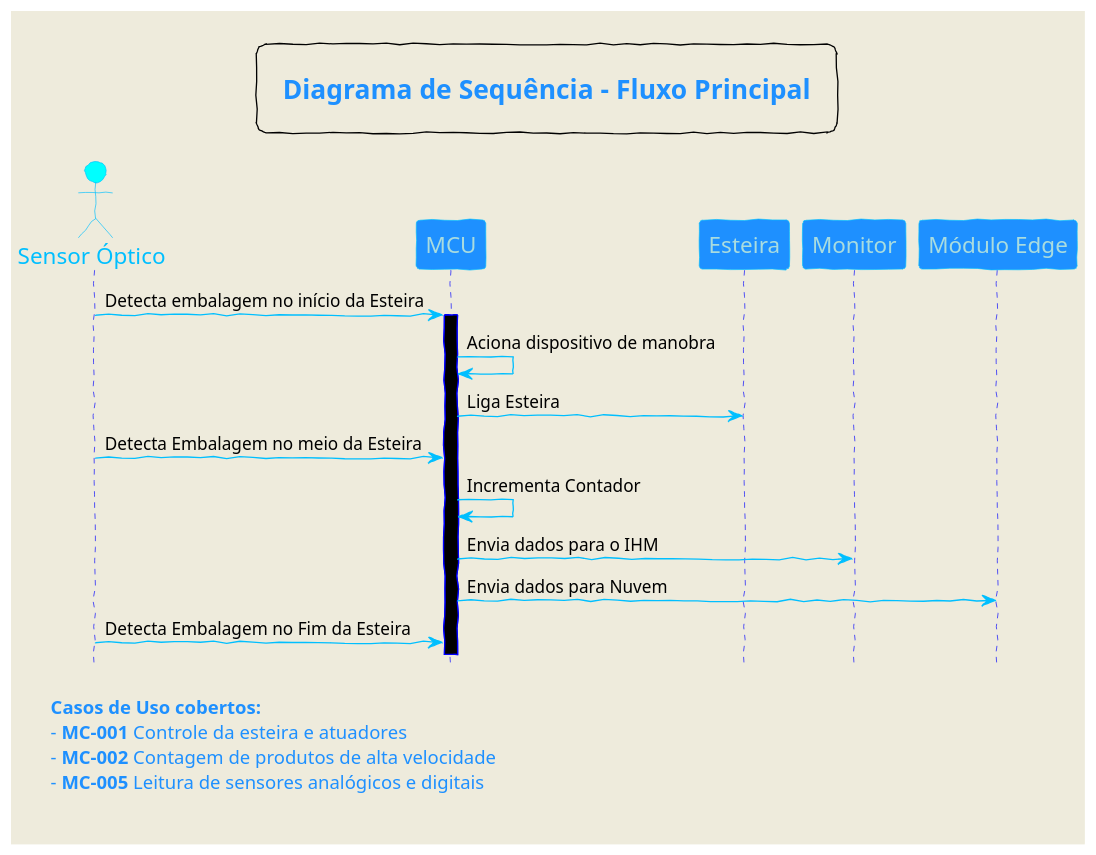
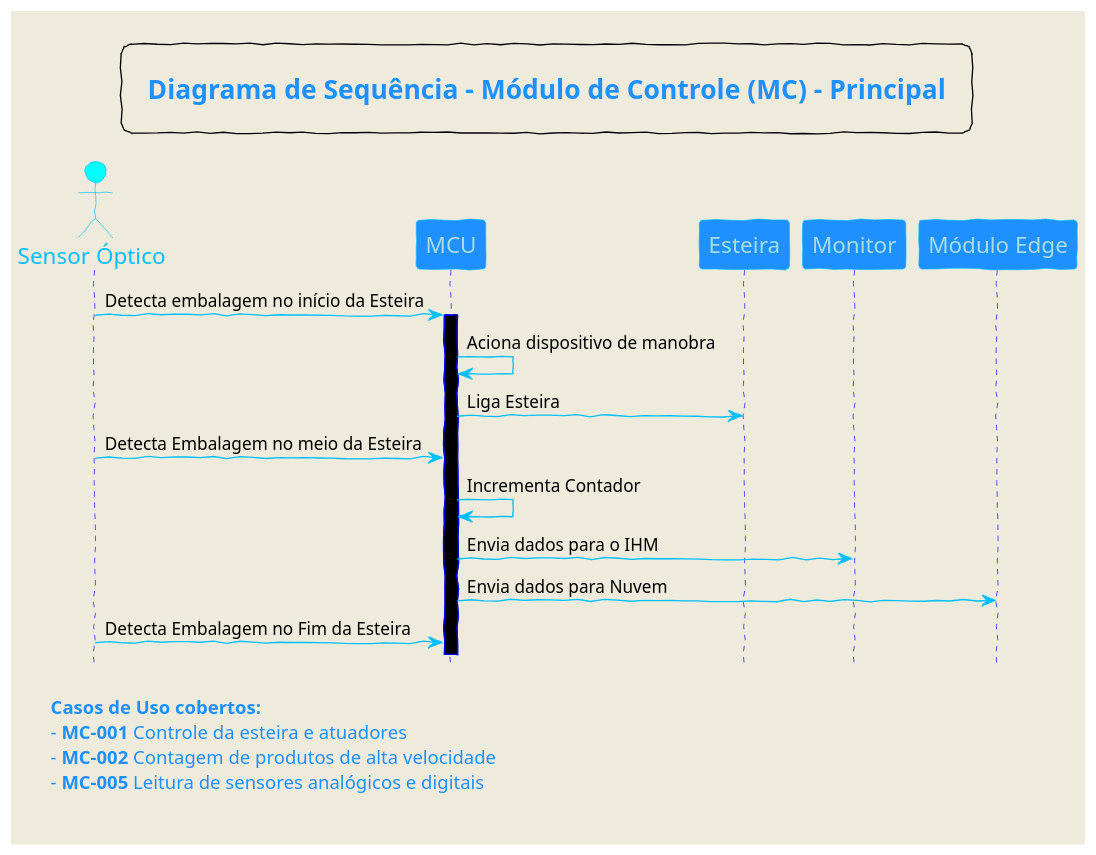
The diagram in DS-PRINCIPAL-001.puml (Embrapac/diagramas), drawn with PlantUML before and after one commit. The commit also changed 3 other files, not shown here.

```diff
--- a/DS-PRINCIPAL-001.puml
+++ b/DS-PRINCIPAL-001.puml
@@ -1,76 +1,73 @@
 @startuml
 'Parametros de dimensões:
 scale 750 width
 scale 750 height
 
 'Parametros de cor:
 skinparam backgroundColor #EEEBDC
 skinparam handwritten true
 skinparam sequenceArrowColor DeepSkyBlue
 skinparam sequenceActorBorderColor DeepSkyBlue
 skinparam sequenceLifeLineBorderColor blue
 skinparam sequenceLifeLineBackgroundColor #A9DCDF
 skinparam sequenceParticipantBorderColor DeepSkyBlue
 skinparam sequenceParticipantBackgroundColor DodgerBlue
 skinparam sequenceParticipantFontName Impact
 skinparam sequenceParticipantFontSize 17
 skinparam sequenceParticipantFontColor #A9DCDF
 skinparam sequenceActorBackgroundColor aqua
 skinparam sequenceActorFontColor DeepSkyBlue
 skinparam sequenceActorFontSize 17
 skinparam sequenceActorFontName Aapex
 
-skinparam legendFontColor DodgerBlue
-skinparam legendFontSize 16
-skinparam legndFontName Arial
-
 <style>
 footer {
   HorizontalAlignment left
   FontSize 14
   FontColor DodgerBlue  
   FontName Arial
   Margin 20
   Padding 10
 }
 legend {
+  HorizontalAlignment center
   FontSize 20
   FontColor DodgerBlue  
   FontName Arial
   Margin 20
   Padding 20
 }
 </style>
 
 hide footbox
 
 legend top
-  **Diagrama de Sequência - Fluxo Principal**
+  **Diagrama de Sequência - Módulo de Controle (MC) - Principal**
 end legend
 
 
 'note top
 '  Este é o título ou descrição do diagrama
 'end note
 
 actor "Sensor Óptico"
 
 "Sensor Óptico" -> MCU: Detecta embalagem no início da Esteira
 activate MCU #000000
 MCU             -> MCU: Aciona dispositivo de manobra
 MCU             -> Esteira: Liga Esteira
 "Sensor Óptico" -> MCU: Detecta Embalagem no meio da Esteira
 MCU             -> MCU: Incrementa Contador
 MCU             -> Monitor: Envia dados para o IHM
 MCU             -> "Módulo Edge": Envia dados para Nuvem
 "Sensor Óptico" -> MCU: Detecta Embalagem no Fim da Esteira
 
 
 footer
   **Casos de Uso cobertos:**
    - **MC-001** Controle da esteira e atuadores
    - **MC-002** Contagem de produtos de alta velocidade
    - **MC-005** Leitura de sensores analógicos e digitais
 end footer
 
 @enduml
```
